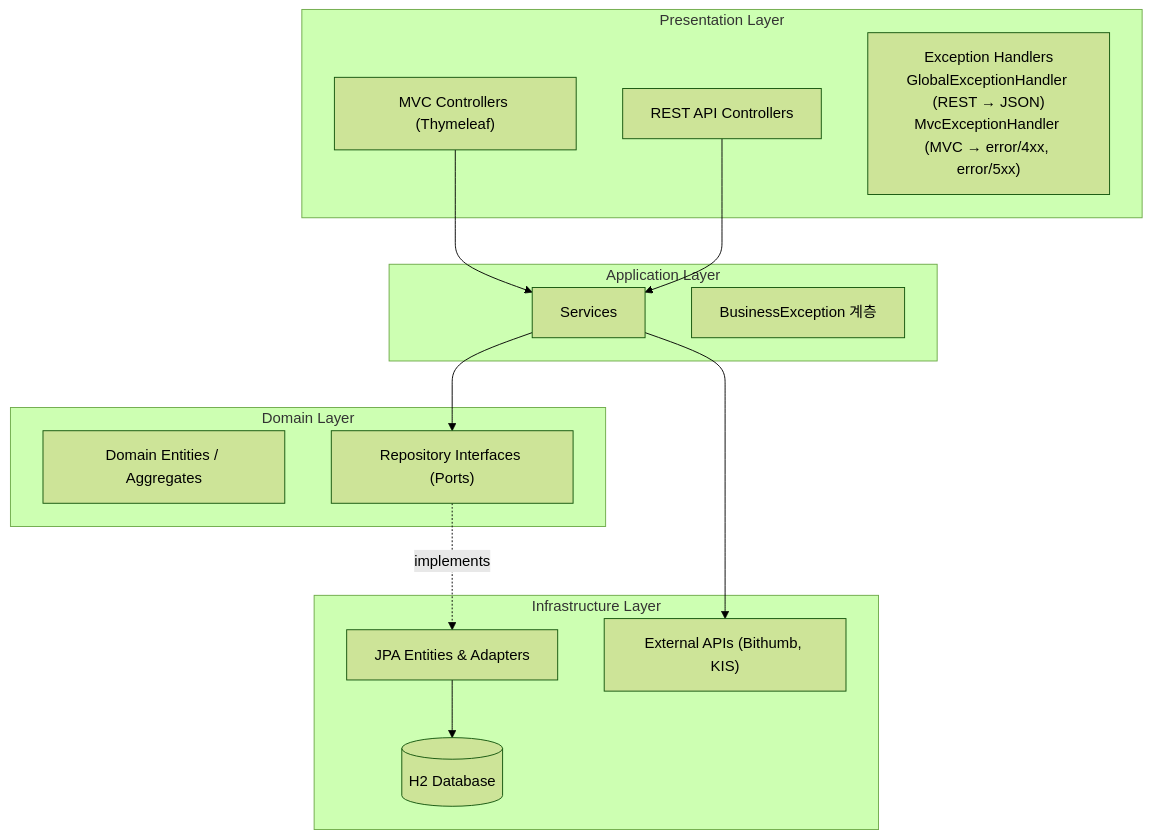
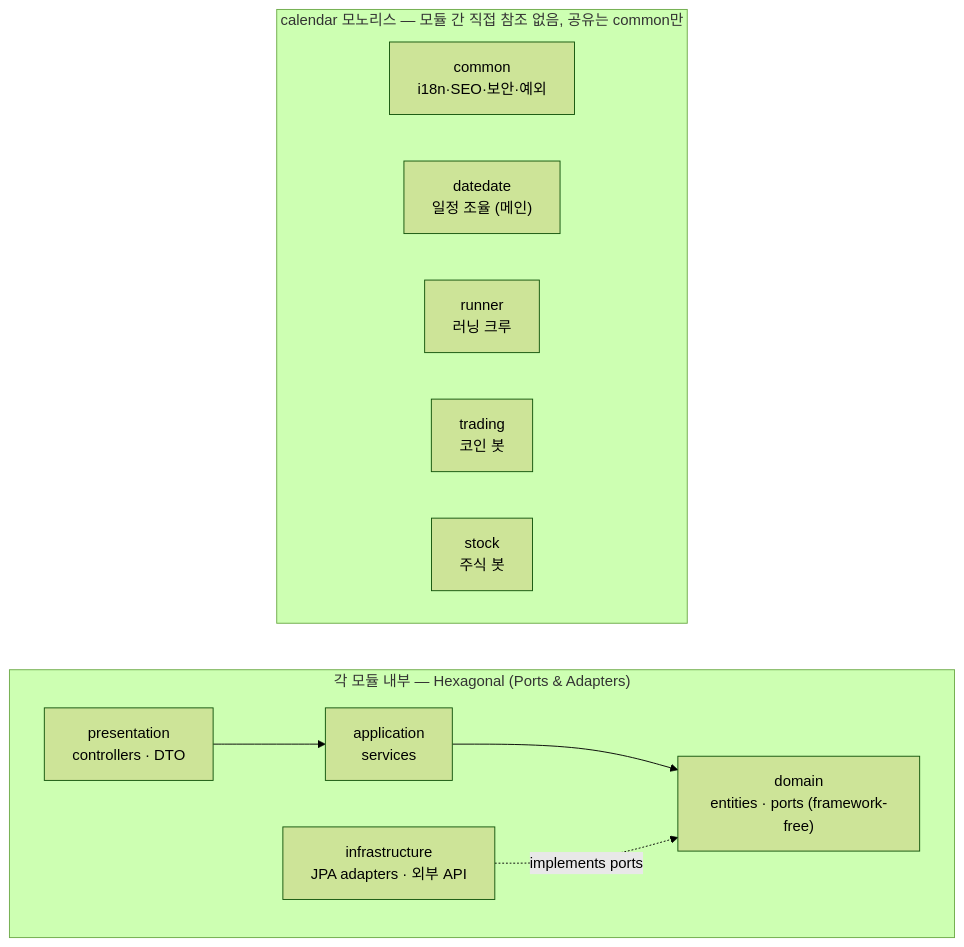
Before and after one commit to singingsandhill/calendar: the second of 2 diagrams in README.md, drawn with Mermaid (forest theme). The commit also changed other lines of this file and 16 other files, not shown here.

````diff
--- a/README.md
+++ b/README.md
@@ -130,31 +253,17 @@
 ```mermaid
 graph TB
-    subgraph Presentation["Presentation Layer"]
-        MVC["MVC Controllers (Thymeleaf)"]
-        API["REST API Controllers"]
-        EH["Exception Handlers<br/>GlobalExceptionHandler (REST → JSON)<br/>MvcExceptionHandler (MVC → error/4xx, error/5xx)"]
+    subgraph Mono["calendar 모노리스 — 모듈 간 직접 참조 없음, 공유는 common만"]
+        direction LR
+        common["common<br/>i18n·SEO·보안·예외"]
+        datedate["datedate<br/>일정 조율 (메인)"]
+        runner["runner<br/>러닝 크루"]
+        trading["trading<br/>코인 봇"]
+        stock["stock<br/>주식 봇"]
     end
-
-    subgraph Application["Application Layer"]
-        Service["Services"]
-        Exception["BusinessException 계층"]
+    subgraph Hex["각 모듈 내부 — Hexagonal (Ports & Adapters)"]
+        P["presentation<br/>controllers · DTO"] --> A2["application<br/>services"]
+        A2 --> D["domain<br/>entities · ports (framework-free)"]
+        I["infrastructure<br/>JPA adapters · 외부 API"] -.->|implements ports| D
     end
-
-    subgraph Domain["Domain Layer"]
-        Entities["Domain Entities / Aggregates"]
-        Port["Repository Interfaces (Ports)"]
-    end
-
-    subgraph Infrastructure["Infrastructure Layer"]
-        JPA["JPA Entities & Adapters"]
-        External["External APIs (Bithumb, KIS)"]
-        DB[(H2 Database)]
-    end
-
-    MVC --> Service
-    API --> Service
-    Service --> Port
-    Port -.->|implements| JPA
-    JPA --> DB
-    Service --> External
+    Mono ~~~ Hex
 ```
````
